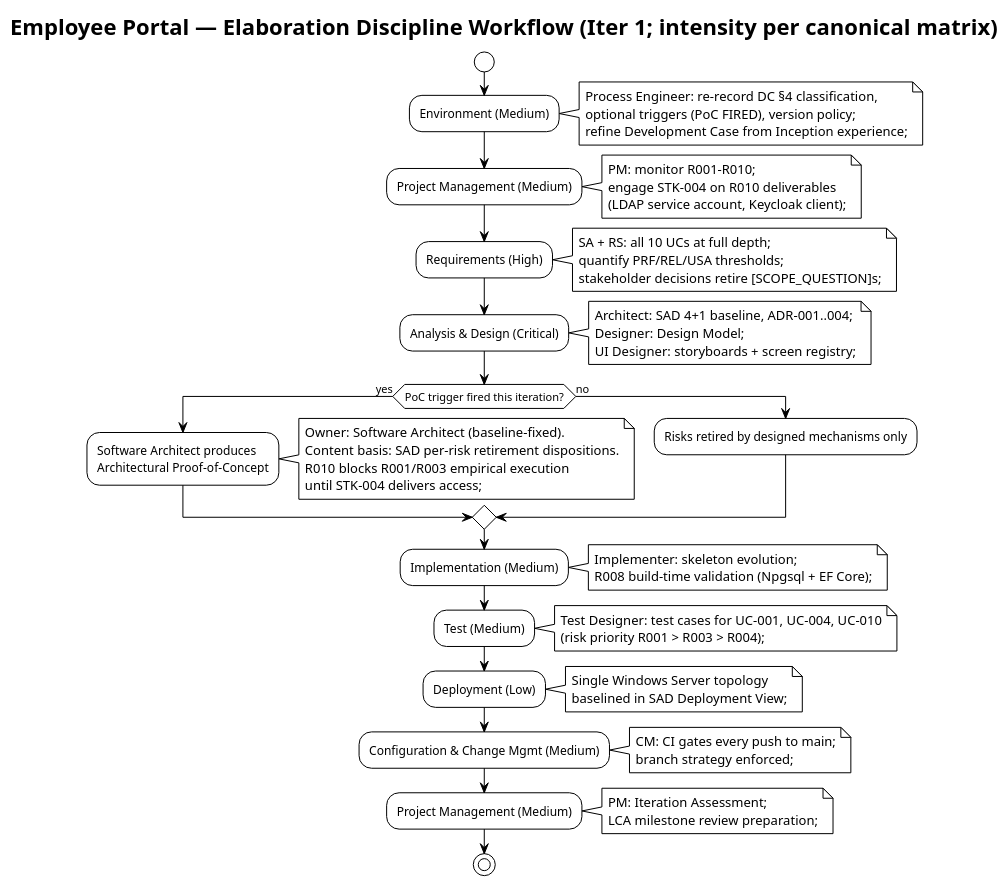
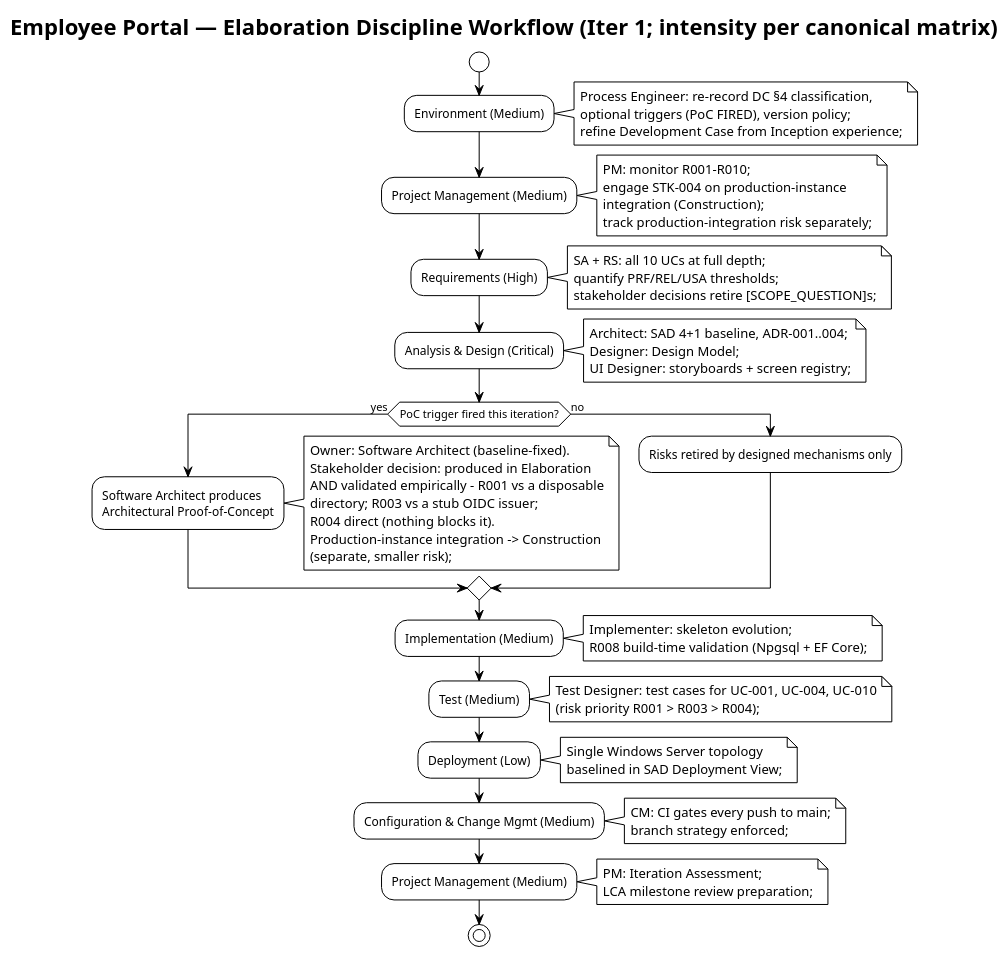
Before and after one commit to banense-test/employee-portal: the first of 4 diagrams in docs/artifacts/environment/development-case.md, drawn with PlantUML. The commit also changed other lines of this file, not shown here.

````diff
--- a/docs/artifacts/environment/development-case.md
+++ b/docs/artifacts/environment/development-case.md
@@ -55,33 +55,33 @@
 ```plantuml
 @startuml
 !theme plain
 title Employee Portal — Elaboration Discipline Workflow (Iter 1; intensity per canonical matrix)
 
 start
 :Environment (Medium);
 note right: Process Engineer: re-record DC §4 classification,\noptional triggers (PoC FIRED), version policy;\nrefine Development Case from Inception experience;
 :Project Management (Medium);
-note right: PM: monitor R001-R010;\nengage STK-004 on R010 deliverables\n(LDAP service account, Keycloak client);
+note right: PM: monitor R001-R010;\nengage STK-004 on production-instance\nintegration (Construction);\ntrack production-integration risk separately;
 :Requirements (High);
 note right: SA + RS: all 10 UCs at full depth;\nquantify PRF/REL/USA thresholds;\nstakeholder decisions retire [SCOPE_QUESTION]s;
 :Analysis & Design (Critical);
 note right: Architect: SAD 4+1 baseline, ADR-001..004;\nDesigner: Design Model;\nUI Designer: storyboards + screen registry;
 if (PoC trigger fired this iteration?) then (yes)
   :Software Architect produces\nArchitectural Proof-of-Concept;
-  note right: Owner: Software Architect (baseline-fixed).\nContent basis: SAD per-risk retirement dispositions.\nR010 blocks R001/R003 empirical execution\nuntil STK-004 delivers access;
+  note right: Owner: Software Architect (baseline-fixed).\nStakeholder decision: produced in Elaboration\nAND validated empirically - R001 vs a disposable\ndirectory; R003 vs a stub OIDC issuer;\nR004 direct (nothing blocks it).\nProduction-instance integration -> Construction\n(separate, smaller risk);
 else (no)
   :Risks retired by designed mechanisms only;
 endif
 :Implementation (Medium);
 note right: Implementer: skeleton evolution;\nR008 build-time validation (Npgsql + EF Core);
 :Test (Medium);
 note right: Test Designer: test cases for UC-001, UC-004, UC-010\n(risk priority R001 > R003 > R004);
 :Deployment (Low);
 note right: Single Windows Server topology\nbaselined in SAD Deployment View;
 :Configuration & Change Mgmt (Medium);
 note right: CM: CI gates every push to main;\nbranch strategy enforced;
 :Project Management (Medium);
 note right: PM: Iteration Assessment;\nLCA milestone review preparation;
 stop
 @enduml
 ```
````
